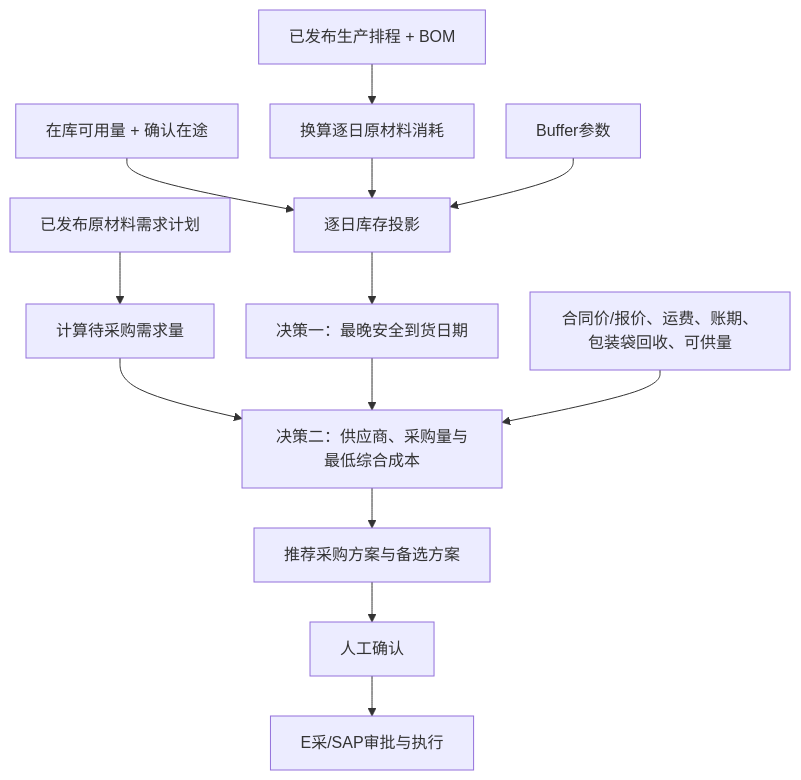
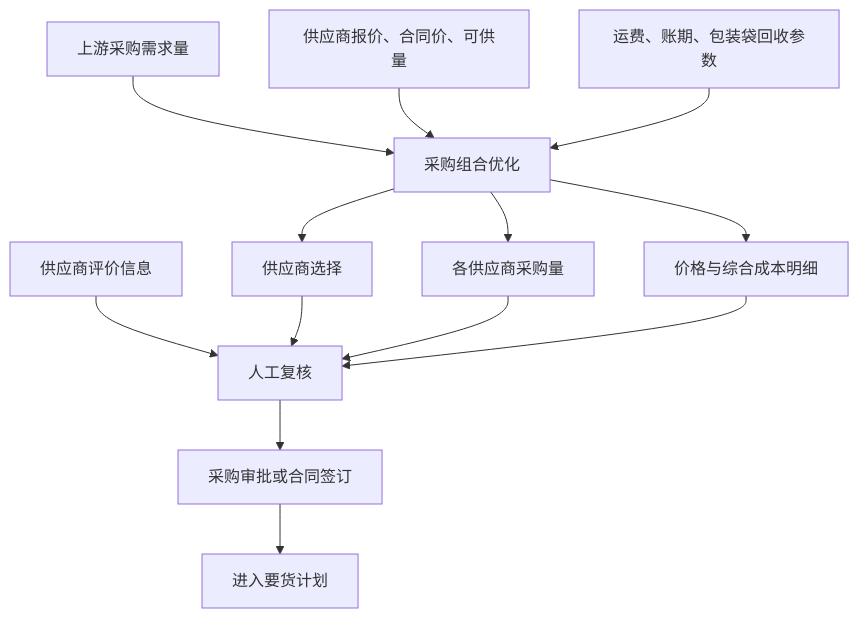
Before and after one commit to DDD71/scos_proj: the diagram in 2-业务蓝图-draft/采购优化模块/采购优化模块技术方案.md, drawn with Mermaid. The commit also changed other lines of this file and 4 other files, not shown here.

````diff
--- a/2-业务蓝图-draft/采购优化模块/采购优化模块技术方案.md
+++ b/2-业务蓝图-draft/采购优化模块/采购优化模块技术方案.md
@@ -71,16 +49,15 @@
 ```mermaid
-%%{init: {"flowchart": {"curve": "basis", "nodeSpacing": 32, "rankSpacing": 40}}}%%
 flowchart TB
-    A["已发布原材料需求计划"] --> B["计算待采购需求量"]
-    C["已发布生产排程 + BOM"] --> D["换算逐日原材料消耗"]
-    E["在库可用量 + 确认在途"] --> F["逐日库存投影"]
-    D --> F
-    G["Buffer参数"] --> F
-    F --> H["决策一：最晚安全到货日期"]
-    B --> I["决策二：供应商、采购量与最低综合成本"]
-    H --> I
-    J["合同价/报价、运费、账期、包装袋回收、可供量"] --> I
-    I --> K["推荐采购方案与备选方案"]
-    K --> L["人工确认"]
-    L --> M["E采/SAP审批与执行"]
+    A["上游采购需求量"] --> D["采购组合优化"]
+    B["供应商报价、合同价、可供量"] --> D
+    C["运费、账期、包装袋回收参数"] --> D
+    E["供应商评价信息"] --> F["人工复核"]
+    D --> G["供应商选择"]
+    D --> H["各供应商采购量"]
+    D --> I["价格与综合成本明细"]
+    G --> F
+    H --> F
+    I --> F
+    F --> J["采购审批或合同签订"]
+    J --> K["进入要货计划"]
 ```
````
